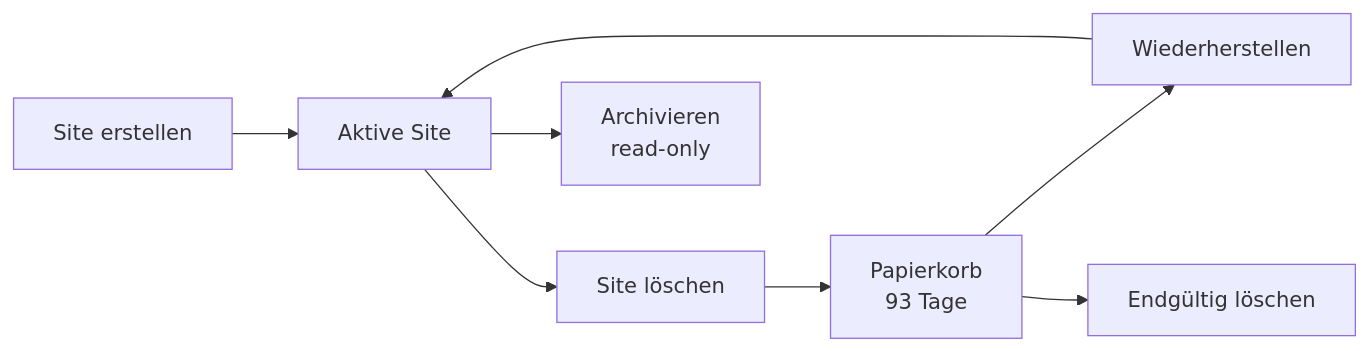
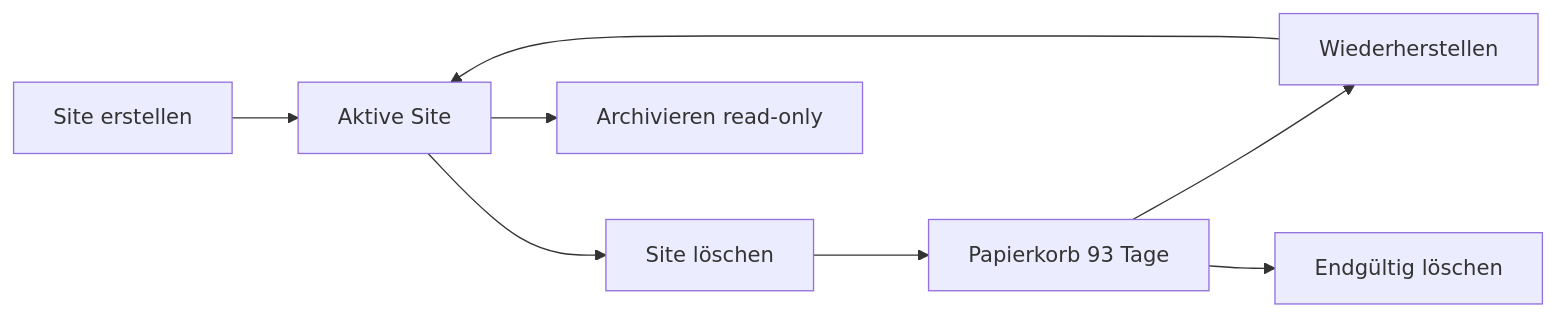
The third of 3 diagrams in Microsoft 365/SharePoint OneDrive/Websitesammlungen verwalten.md (SoniiiT/notes-n-docs), drawn with Mermaid before and after one commit. The commit also changed other lines of this file and 124 other files, not shown here.

First line of the commit message:
fix: Entferne \n aus allen Mermaid-Diagrammen (125 Dateien)

````diff
--- a/Microsoft 365/SharePoint OneDrive/Websitesammlungen verwalten.md
+++ b/Microsoft 365/SharePoint OneDrive/Websitesammlungen verwalten.md
@@ -318,10 +318,10 @@
 ```mermaid
 graph LR
     Create["Site erstellen"] --> Active["Aktive Site"]
     Active --> Delete["Site löschen"]
-    Delete --> Bin["Papierkorb\n93 Tage"]
+    Delete --> Bin["Papierkorb 93 Tage"]
     Bin --> Restore["Wiederherstellen"]
     Restore --> Active
     Bin --> Purge["Endgültig löschen"]
-    Active --> Archive["Archivieren\nread-only"]
+    Active --> Archive["Archivieren read-only"]
 ```
````
